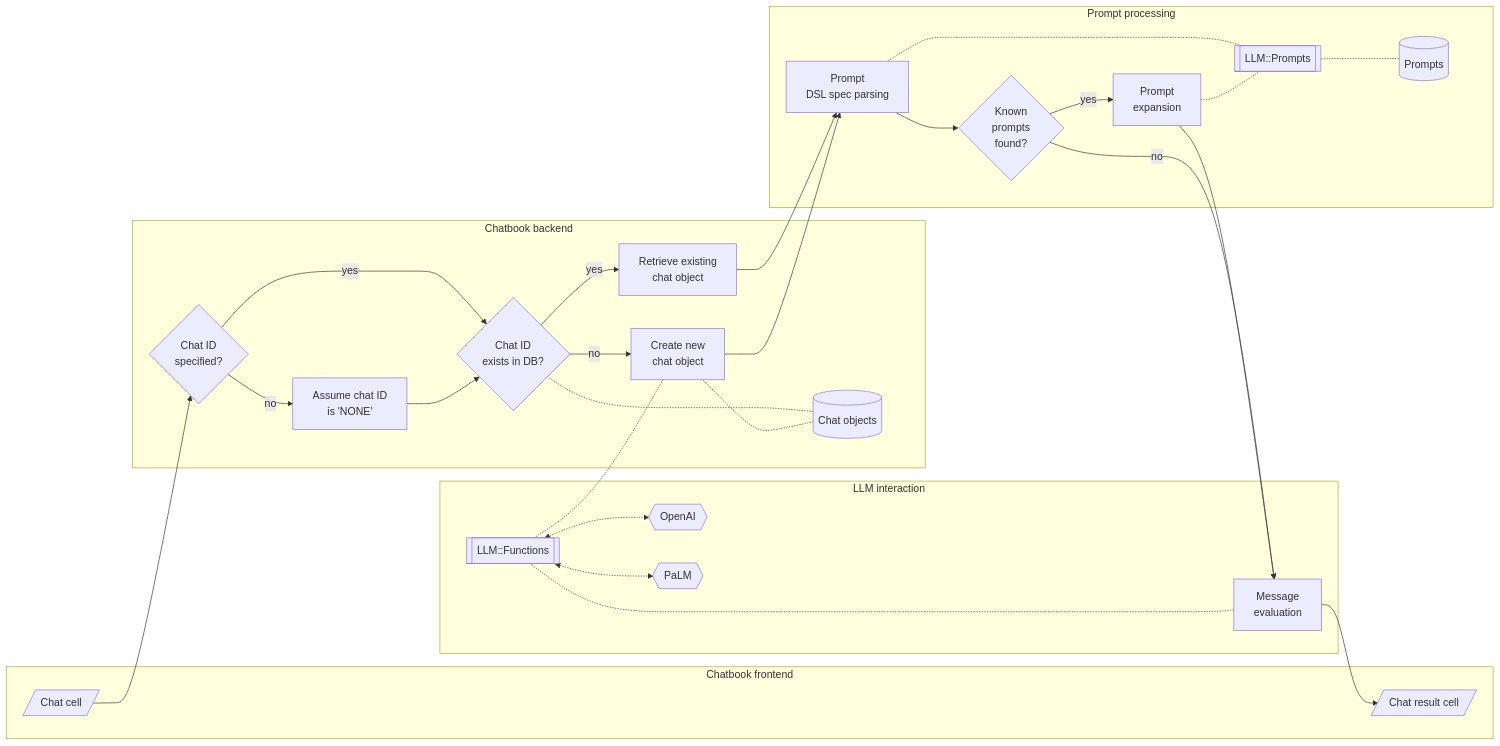
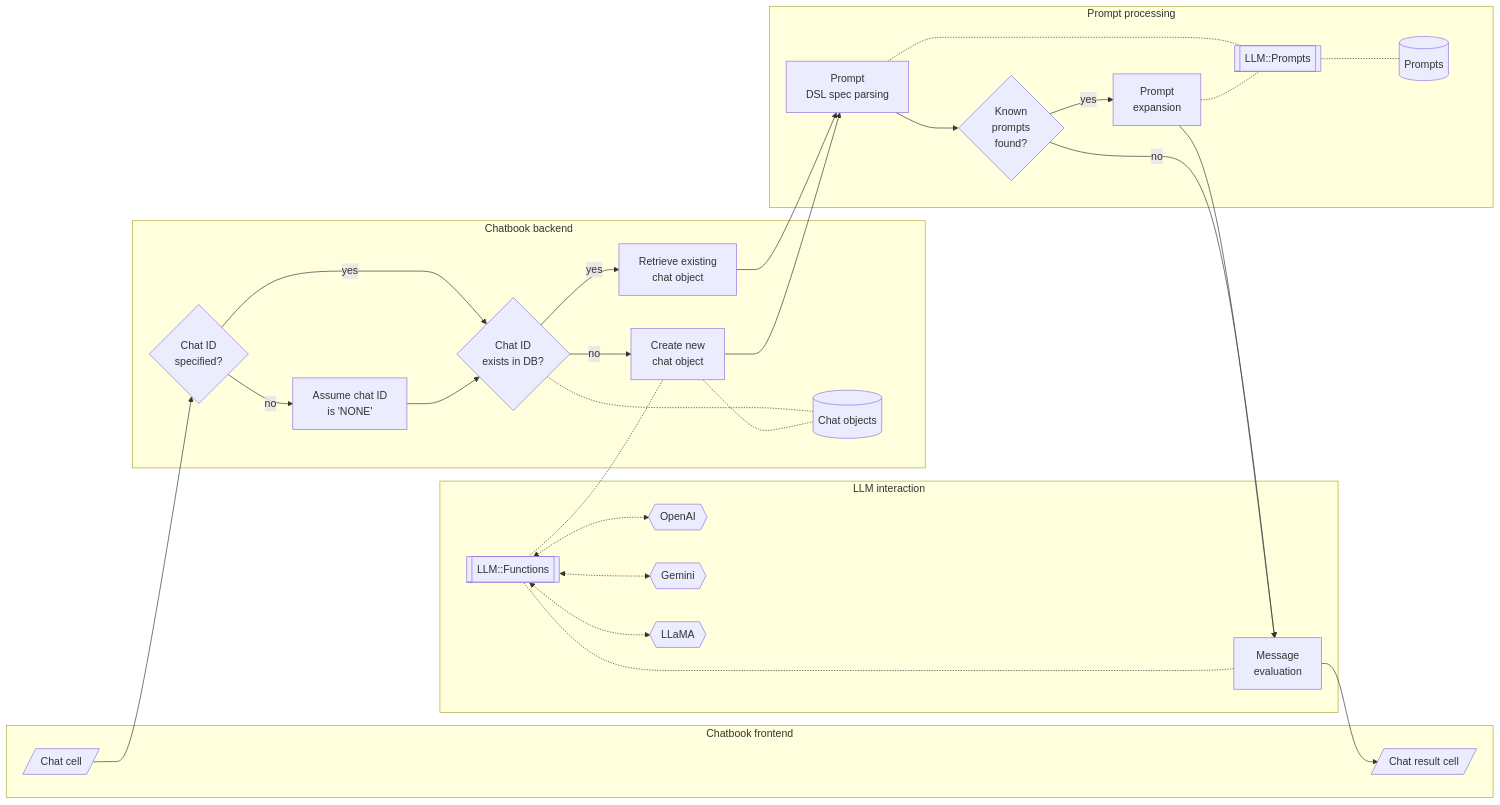
The first of 2 diagrams in README-work.md (antononcube/Raku-Jupyter-Chatbook), drawn with Mermaid before and after one commit. The commit also changed other lines of this file and 1 other file, not shown here.

Commit message:
docs:Added Docker run section. Updated diagrams and TOOD items.

````diff
--- a/README-work.md
+++ b/README-work.md
@@ -279,65 +279,68 @@
 ```mermaid
 flowchart LR
     OpenAI{{OpenAI}}
-    PaLM{{PaLM}}
+    Gemini{{Gemini}}
+    LLaMA{{LLaMA}}
     LLMFunc[[LLM::Functions]]
     LLMProm[[LLM::Prompts]]
     CODB[(Chat objects)]
     PDB[(Prompts)]
     CCell[/Chat cell/]
     CRCell[/Chat result cell/]
     CIDQ{Chat ID<br/>specified?}
     CIDEQ{Chat ID<br/>exists in DB?}
     RECO[Retrieve existing<br/>chat object]
     COEval[Message<br/>evaluation]
     PromParse[Prompt<br/>DSL spec parsing]
     KPFQ{Known<br/>prompts<br/>found?}
     PromExp[Prompt<br/>expansion]
     CNCO[Create new<br/>chat object]
     CIDNone["Assume chat ID<br/>is 'NONE'"] 
     subgraph Chatbook frontend    
         CCell
         CRCell
     end
     subgraph Chatbook backend
         CIDQ
         CIDEQ
         CIDNone
         RECO
         CNCO
         CODB
     end
     subgraph Prompt processing
         PDB
         LLMProm
         PromParse
         KPFQ
         PromExp 
     end
     subgraph LLM interaction
       COEval
       LLMFunc
-      PaLM
+      Gemini
+      LLaMA
       OpenAI
     end
     CCell --> CIDQ
     CIDQ --> |yes| CIDEQ
     CIDEQ --> |yes| RECO
     RECO --> PromParse
     COEval --> CRCell
     CIDEQ -.- CODB
     CIDEQ --> |no| CNCO
     LLMFunc -.- CNCO -.- CODB
     CNCO --> PromParse --> KPFQ
     KPFQ --> |yes| PromExp
     KPFQ --> |no| COEval
     PromParse -.- LLMProm 
     PromExp -.- LLMProm
     PromExp --> COEval 
     LLMProm -.- PDB
     CIDQ --> |no| CIDNone
     CIDNone --> CIDEQ
     COEval -.- LLMFunc
     LLMFunc <-.-> OpenAI
-    LLMFunc <-.-> PaLM
+    LLMFunc <-.-> Gemini
+    LLMFunc <-.-> LLaMA
 ```
````
